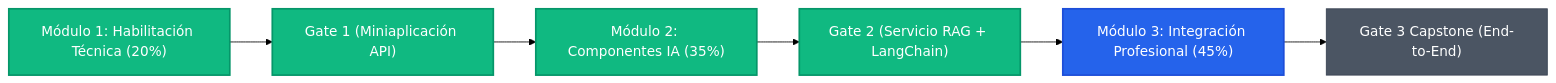
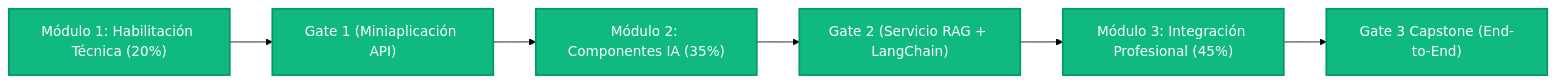
Before and after one commit to ayalaphysds/Curso-CCHIA: the diagram in BITACORA_DE_AVANCE.md, drawn with Mermaid (forest theme). The commit also changed other lines of this file and 116 other files, not shown here.

````diff
--- a/BITACORA_DE_AVANCE.md
+++ b/BITACORA_DE_AVANCE.md
@@ -25,15 +25,15 @@
 ```mermaid
 flowchart LR
     A["Módulo 1: Habilitación Técnica (20%)"] --> B["Gate 1 (Miniaplicación API)"]
     B --> C["Módulo 2: Componentes IA (35%)"]
     C --> D["Gate 2 (Servicio RAG + LangChain)"]
     D --> E["Módulo 3: Integración Profesional (45%)"]
     E --> F["Gate 3 Capstone (End-to-End)"]
 
     style A fill:#10b981,stroke:#059669,stroke-width:2px,color:#ffffff
     style B fill:#10b981,stroke:#059669,stroke-width:2px,color:#ffffff
     style C fill:#10b981,stroke:#059669,stroke-width:2px,color:#ffffff
     style D fill:#10b981,stroke:#059669,stroke-width:2px,color:#ffffff
-    style E fill:#2563eb,stroke:#1d4ed8,stroke-width:2px,color:#ffffff
-    style F fill:#4b5563,stroke:#374151,stroke-width:1px,color:#ffffff
+    style E fill:#10b981,stroke:#059669,stroke-width:2px,color:#ffffff
+    style F fill:#10b981,stroke:#059669,stroke-width:2px,color:#ffffff
 ```
````
